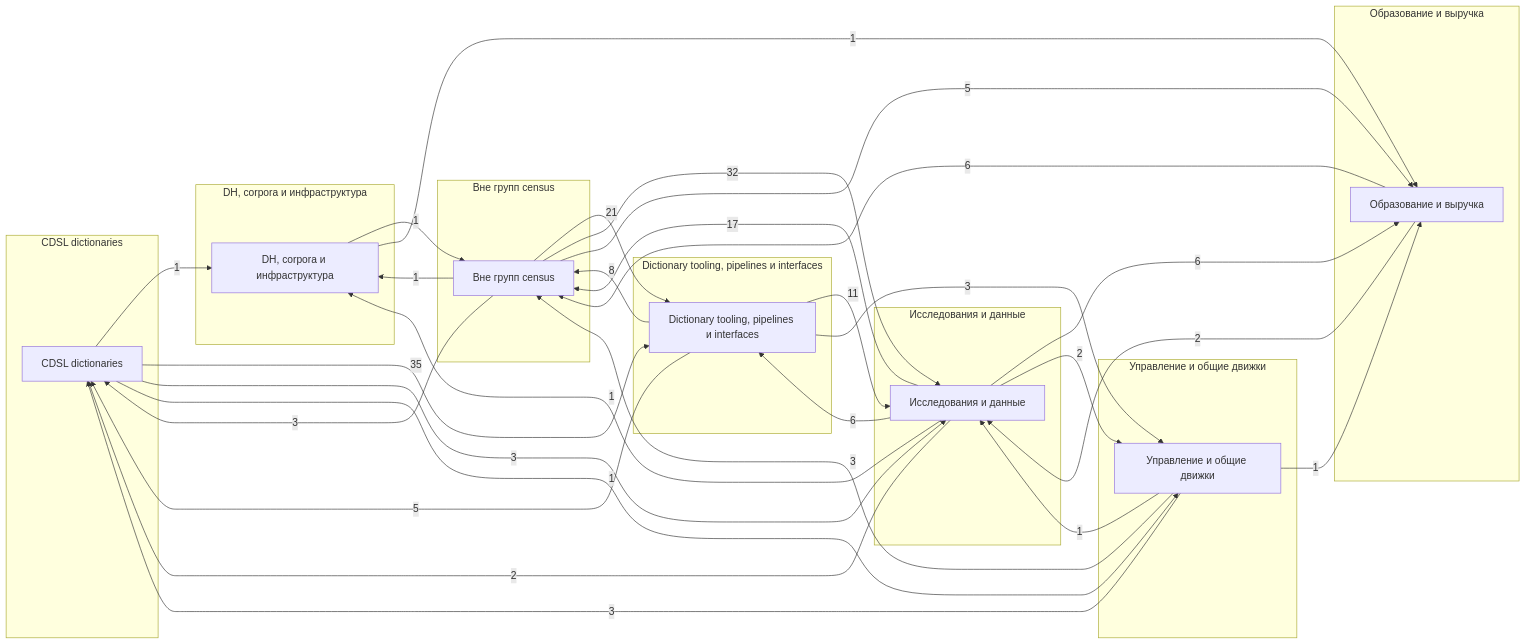
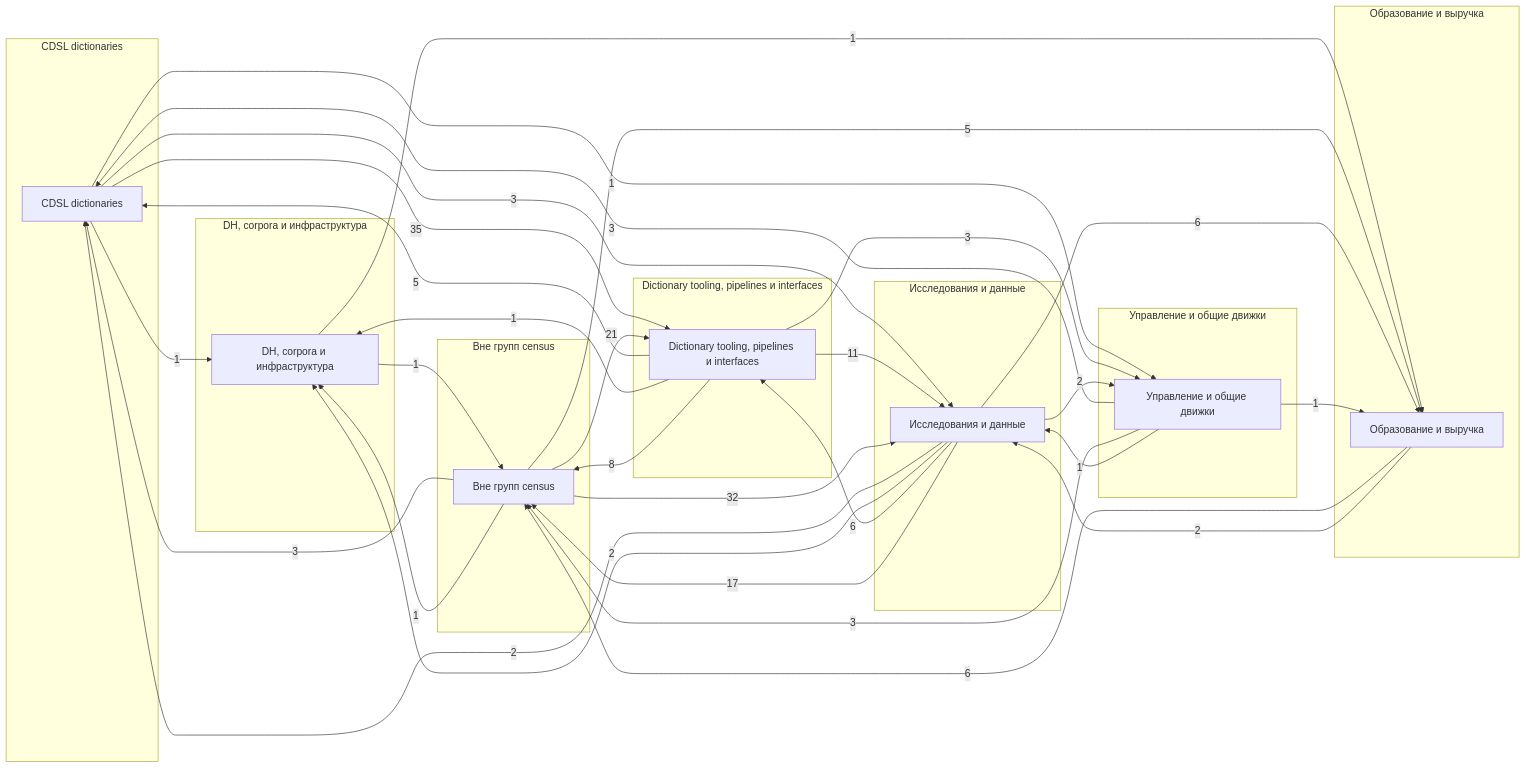
The second of 2 diagrams in sangram/atlas/dependencies.mdx (gasyoun/SanskritGrammar), drawn with Mermaid before and after one commit. The commit also changed 4 other files, not shown here.

````diff
--- a/sangram/atlas/dependencies.mdx
+++ b/sangram/atlas/dependencies.mdx
@@ -63,52 +63,53 @@
 ```mermaid
 flowchart LR
   accTitle: Кластеризованный граф зависимостей репозиториев
   subgraph "CDSL dictionaries"
     c0["CDSL dictionaries"]
   end
   subgraph "DH, corpora и инфраструктура"
     c1["DH, corpora и инфраструктура"]
   end
   subgraph "Dictionary tooling, pipelines и interfaces"
     c2["Dictionary tooling, pipelines и interfaces"]
   end
   subgraph "Вне групп census"
     c3["Вне групп census"]
   end
   subgraph "Исследования и данные"
     c4["Исследования и данные"]
   end
   subgraph "Образование и выручка"
     c5["Образование и выручка"]
   end
   subgraph "Управление и общие движки"
     c6["Управление и общие движки"]
   end
   c0 -- "1" --> c1
   c0 -- "35" --> c2
   c0 -- "3" --> c4
   c0 -- "1" --> c6
   c1 -- "1" --> c3
   c1 -- "1" --> c5
   c2 -- "5" --> c0
+  c2 -- "1" --> c1
   c2 -- "8" --> c3
   c2 -- "11" --> c4
   c2 -- "3" --> c6
   c3 -- "3" --> c0
   c3 -- "1" --> c1
   c3 -- "21" --> c2
   c3 -- "32" --> c4
   c3 -- "5" --> c5
   c4 -- "2" --> c0
-  c4 -- "1" --> c1
+  c4 -- "2" --> c1
   c4 -- "6" --> c2
   c4 -- "17" --> c3
   c4 -- "6" --> c5
   c4 -- "2" --> c6
   c5 -- "6" --> c3
   c5 -- "2" --> c4
   c6 -- "3" --> c0
   c6 -- "3" --> c3
   c6 -- "1" --> c4
   c6 -- "1" --> c5
 ```
````
